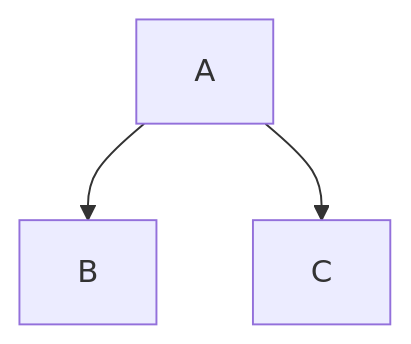
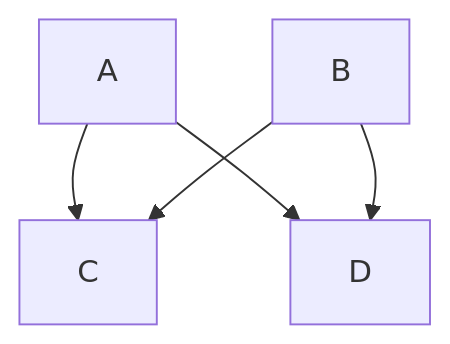
Before and after one commit to boddaert/nsi: the diagram in terminale/Structures_arborescentes_de_données/Arbres_binaires.md, drawn with Mermaid.

````diff
--- a/terminale/Structures_arborescentes_de_données/Arbres_binaires.md
+++ b/terminale/Structures_arborescentes_de_données/Arbres_binaires.md
@@ -15,8 +15,7 @@
 ```mermaid
 flowchart TB
-    A
-    B
-    C
-    A-->B
-    A-->C
+    A --> C
+    A --> D
+    B --> C
+    B --> D
 ```
````
